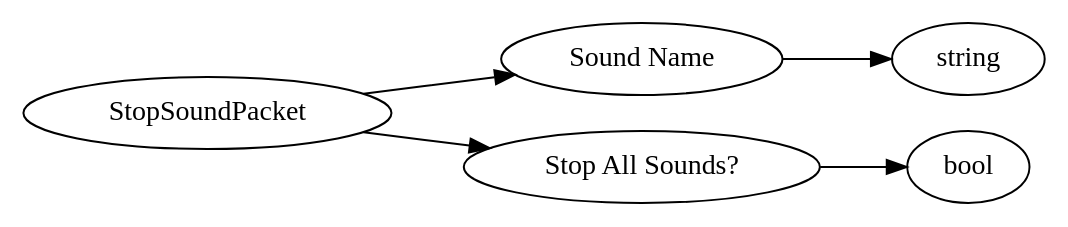
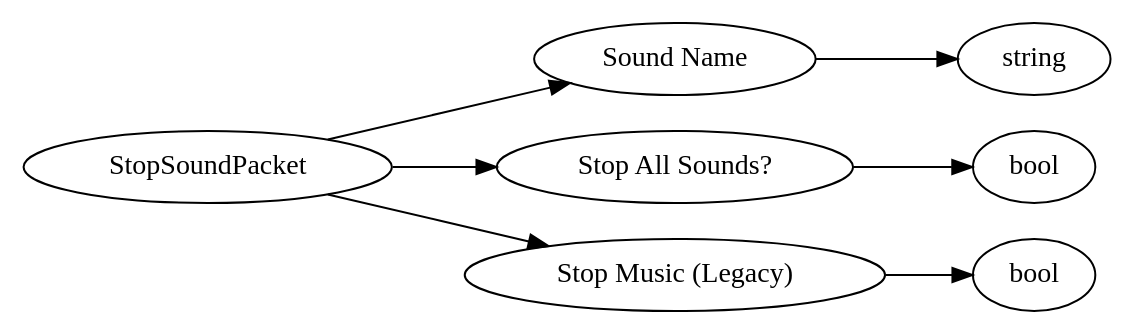
Before and after one commit to MiemieMethod/bedrock-docs-generator: the diagram in assets/protocols/dot/StopSoundPacket.dot, drawn with Graphviz. The commit also changed 712 other files, not shown here.

```diff
--- a/assets/protocols/dot/StopSoundPacket.dot
+++ b/assets/protocols/dot/StopSoundPacket.dot
@@ -1,16 +1,20 @@
 digraph "StopSoundPacket" {
 rankdir = LR
 0
 0 -> 1
 1 -> 2
 0 -> 3
 3 -> 4
+0 -> 5
+5 -> 6
 
 0 [label="StopSoundPacket",comment="name: \"StopSoundPacket\", typeName: \"\", id: 0, branchId: 87, recurseId: -1, attributes: 0, notes: \"\""];
 1 [label="Sound Name",comment="name: \"Sound Name\", typeName: \"\", id: 1, branchId: 0, recurseId: -1, attributes: 0, notes: \"\""];
 2 [label="string",comment="name: \"string\", typeName: \"\", id: 2, branchId: 0, recurseId: -1, attributes: 512, notes: \"\""];
 3 [label="Stop All Sounds?",comment="name: \"Stop All Sounds?\", typeName: \"\", id: 3, branchId: 0, recurseId: -1, attributes: 0, notes: \"\""];
 4 [label="bool",comment="name: \"bool\", typeName: \"\", id: 4, branchId: 0, recurseId: -1, attributes: 512, notes: \"\""];
-{ rank = max;2;4}
+5 [label="Stop Music (Legacy)",comment="name: \"Stop Music (Legacy)\", typeName: \"\", id: 5, branchId: 0, recurseId: -1, attributes: 0, notes: \"\""];
+6 [label="bool",comment="name: \"bool\", typeName: \"\", id: 6, branchId: 0, recurseId: -1, attributes: 512, notes: \"\""];
+{ rank = max;2;4;6}
 
 }
```
